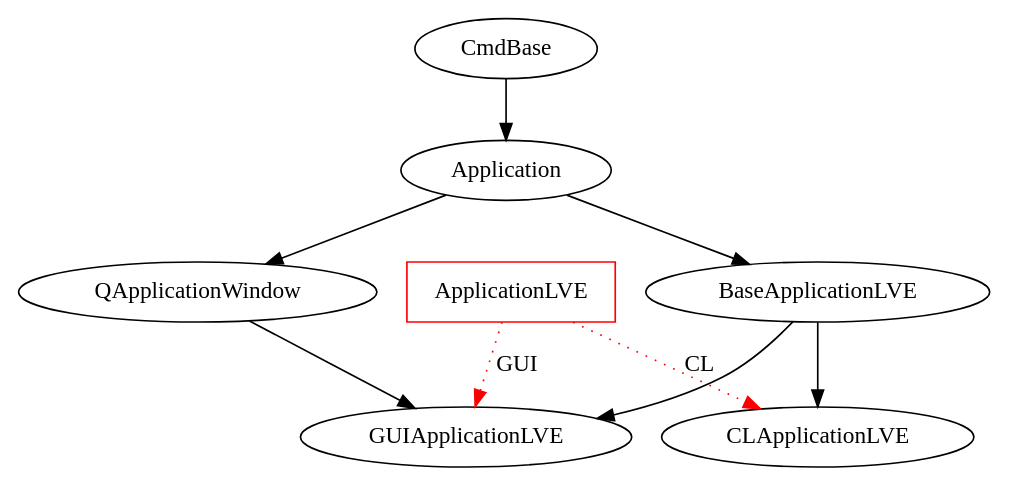
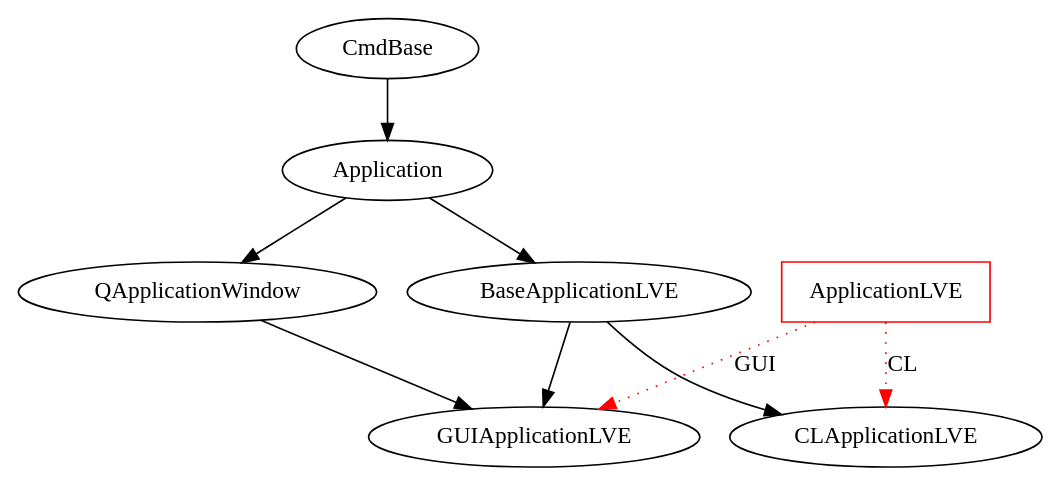
One commit to jorge-ramirez-upm/RepTate changed the third of 7 diagrams in docs/source/developers/callgraphGUI.rst. Above: the diagram before and after it, drawn with Graphviz. The commit also changed other lines of this file and 3 other files, not shown here.

Commit message:
Better class diagrams. Some links in the diagrams work

```diff
--- a/docs/source/developers/callgraphGUI.rst
+++ b/docs/source/developers/callgraphGUI.rst
@@ -71,19 +77,19 @@
 .. graphviz::
 
    digraph foo {
-      "CmdBase" [href="CodeCoreCL.html#cmdbase"]
-      "Application" [href="CodeCoreCL.html#application"]
-      "QApplicationWindow" [href="CodeCoreGUI.html#qapplicationwindow"]
-      "BaseApplicationLVE" [href="CodeApplications.html#RepTate.applications.ApplicationLVE.BaseApplicationLVE"]
-      "ApplicationLVE" [shape=box,color=red,href="CodeApplications.html#RepTate.applications.ApplicationLVE.ApplicationLVE"]
-      "CLApplicationLVE" [href="CodeApplications.html#RepTate.applications.ApplicationLVE.CLApplicationLVE"]
-      "GUIApplicationLVE" [href="CodeApplications.html#RepTate.applications.ApplicationLVE.GUIApplicationLVE"]
+      "CmdBase" [href="../developers/CodeCoreCL.html#cmdbase", target="_top"]
+      "Application" [href="../developers/CodeCoreCL.html#application", target="_top"]
+      "QApplicationWindow" [href="../developers/CodeCoreGUI.html#qapplicationwindow", target="_top"]
+      "ApplicationLVE" [href="../developers/CodeApplications.html#RepTate.applications.ApplicationLVE.ApplicationLVE", target="_top", shape=box,color=red]
+	  "BaseApplicationLVE" [href="../developers/CodeApplications.html#RepTate.applications.ApplicationLVE.BaseApplicationLVE", target="_top"]
+	  "CLApplicationLVE" [href="../developers/CodeApplications.html#RepTate.applications.ApplicationLVE.CLApplicationLVE", target="_top"]
+	  "GUIApplicationLVE" [href="../developers/CodeApplications.html#RepTate.applications.ApplicationLVE.GUIApplicationLVE", target="_top"]
       "CmdBase" -> "Application";
       "Application" -> "QApplicationWindow";
       "QApplicationWindow" -> "GUIApplicationLVE";
       "Application" -> "BaseApplicationLVE";
       "BaseApplicationLVE" -> "CLApplicationLVE";
       "BaseApplicationLVE" -> "GUIApplicationLVE";
       "ApplicationLVE" -> "CLApplicationLVE" [style=dotted, label="CL", color=red];
       "ApplicationLVE" -> "GUIApplicationLVE" [style=dotted, label="GUI", color=red];
    }
```
